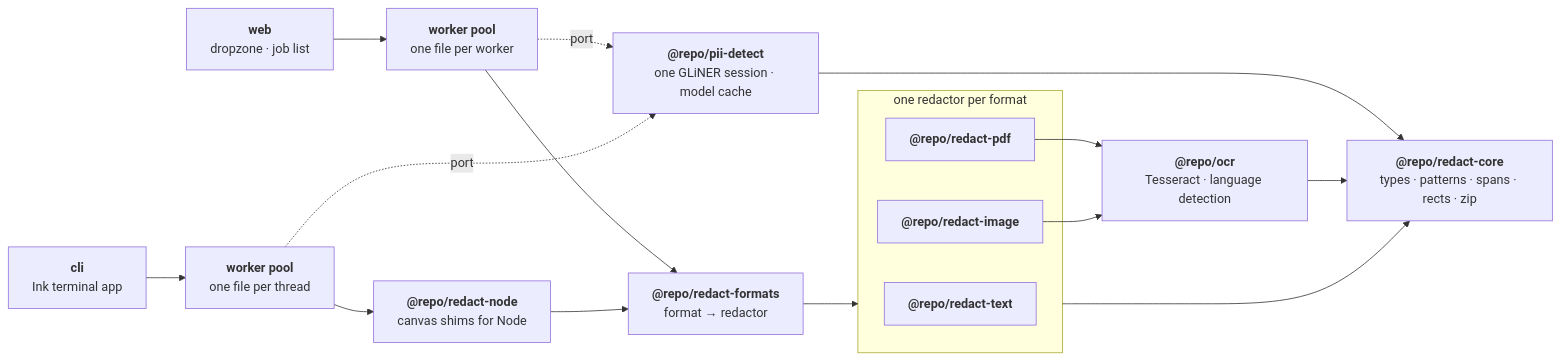
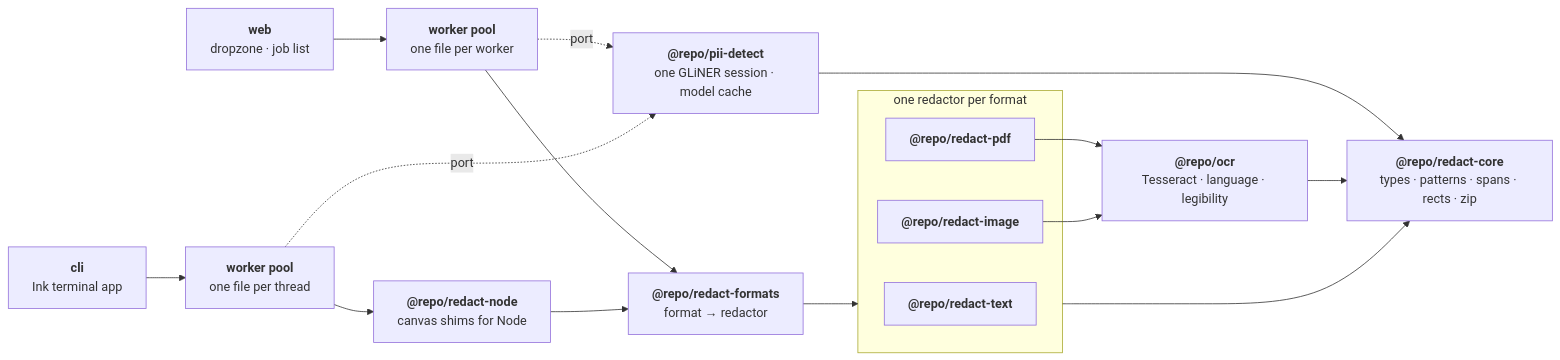
Before and after one commit to pedroapfilho/localveil: the diagram in README.md, drawn with Mermaid. The commit also changed other lines of this file and 44 other files, not shown here.

````diff
--- a/README.md
+++ b/README.md
@@ -169,26 +169,26 @@
 ```mermaid
 flowchart LR
   web["<b>web</b><br/>dropzone · job list"] --> pool["<b>worker pool</b><br/>one file per worker"]
   cli["<b>cli</b><br/>Ink terminal app"] --> threads["<b>worker pool</b><br/>one file per thread"]
   threads --> node["<b>@repo/redact-node</b><br/>canvas shims for Node"]
 
   pool --> formats["<b>@repo/redact-formats</b><br/>format → redactor"]
   node --> formats
   formats --> redactors
 
   subgraph redactors["one redactor per format"]
     text["<b>@repo/redact-text</b>"]
     pdf["<b>@repo/redact-pdf</b>"]
     image["<b>@repo/redact-image</b>"]
   end
 
   pool -. port .-> detect["<b>@repo/pii-detect</b><br/>one GLiNER session · model cache"]
   threads -. port .-> detect
 
-  pdf --> ocr["<b>@repo/ocr</b><br/>Tesseract · language detection"]
+  pdf --> ocr["<b>@repo/ocr</b><br/>Tesseract · language · legibility"]
   image --> ocr
 
   redactors --> core["<b>@repo/redact-core</b><br/>types · patterns · spans · rects · zip"]
   detect --> core
   ocr --> core
 ```
````
